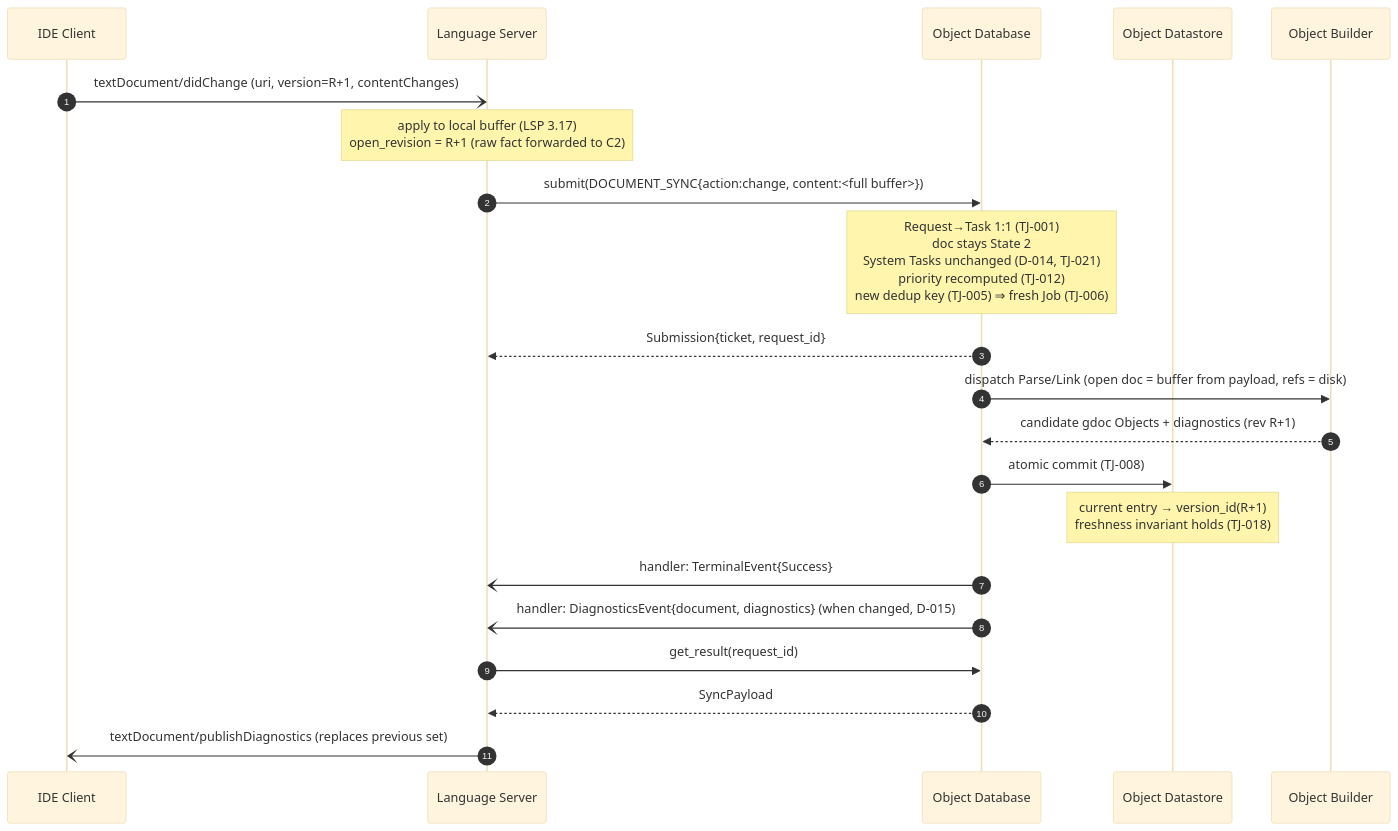
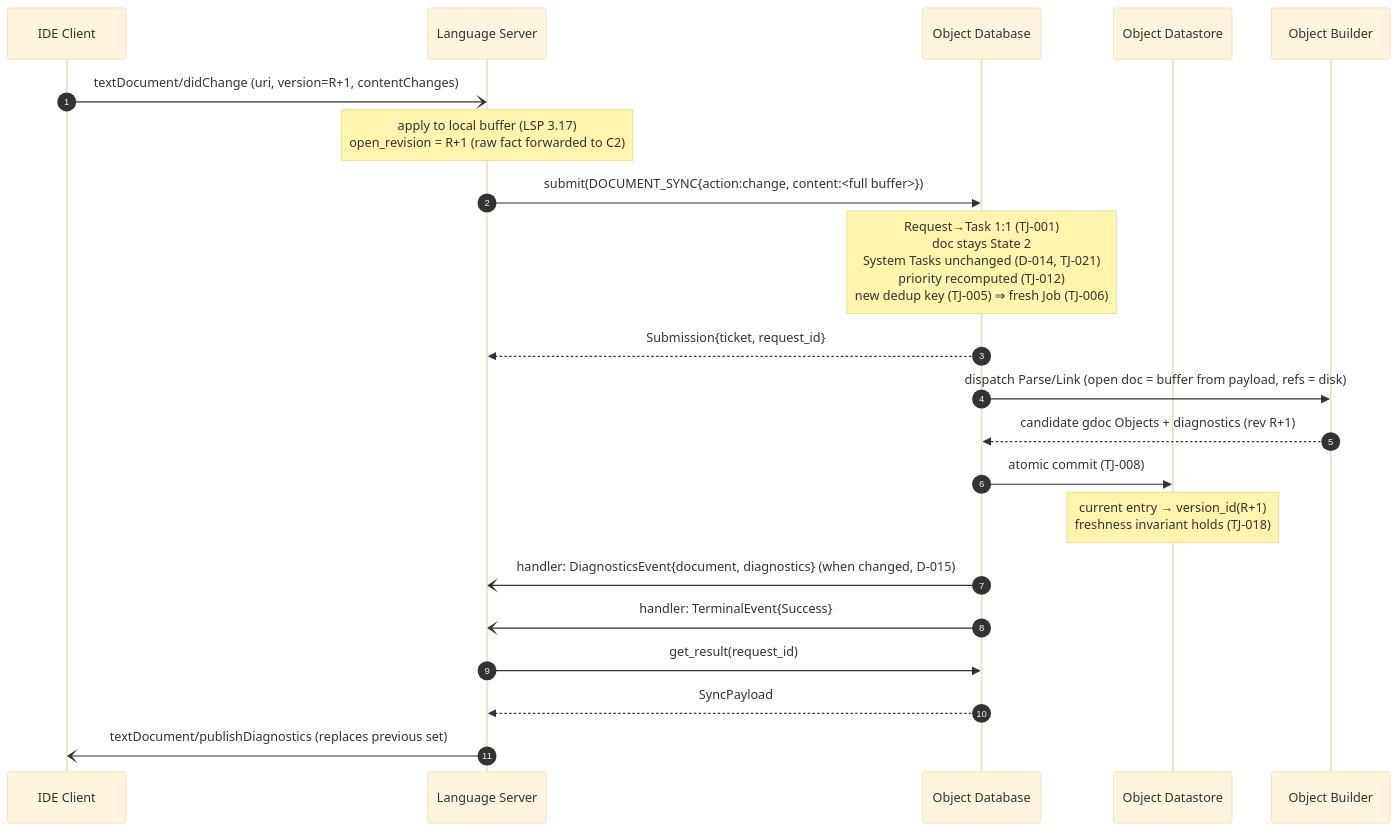
Before and after one commit to tyskdm/gdoc: the diagram in docs/architecture/gdocServer/usecases/UC-003_EditText.md, drawn with Mermaid (base theme). The commit also changed other lines of this file and 4 other files, not shown here.

````diff
--- a/docs/architecture/gdocServer/usecases/UC-003_EditText.md
+++ b/docs/architecture/gdocServer/usecases/UC-003_EditText.md
@@ -199,24 +200,24 @@
 ```mermaid
 sequenceDiagram
     autonumber
     participant IDE as IDE Client
     participant C1 as Language Server
     participant C2 as Object Database
     participant C3 as Object Datastore
     participant C4 as Object Builder
 
     IDE-)C1: textDocument/didChange (uri, version=R+1, contentChanges)
     Note over C1: apply to local buffer (LSP 3.17)<br>open_revision = R+1 (raw fact forwarded to C2)
     C1->>C2: submit(DOCUMENT_SYNC{action:change, content:<full buffer>})
     Note over C2: Request→Task 1:1 (TJ-001)<br>doc stays State 2<br>System Tasks unchanged (D-014, TJ-021)<br>priority recomputed (TJ-012)<br>new dedup key (TJ-005) ⇒ fresh Job (TJ-006)
     C2-->>C1: Submission{ticket, request_id}
     C2->>C4: dispatch Parse/Link (open doc = buffer from payload, refs = disk)
     C4-->>C2: candidate gdoc Objects + diagnostics (rev R+1)
     C2->>C3: atomic commit (TJ-008)
     Note over C3: current entry → version_id(R+1)<br>freshness invariant holds (TJ-018)
+    C2-)C1: handler: DiagnosticsEvent{document, diagnostics} (when changed, D-015)
     C2-)C1: handler: TerminalEvent{Success}
-    C2-)C1: handler: DiagnosticsEvent{document, diagnostics} (when changed, D-015)
     C1->>C2: get_result(request_id)
     C2-->>C1: SyncPayload
     C1-)IDE: textDocument/publishDiagnostics (replaces previous set)
 ```
````
